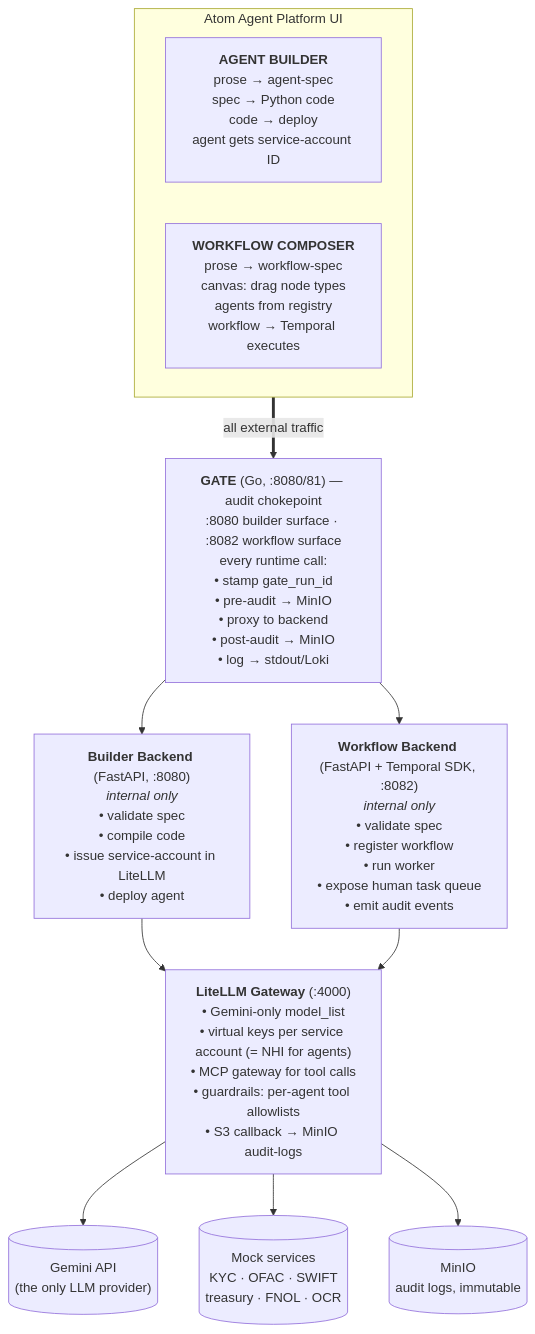
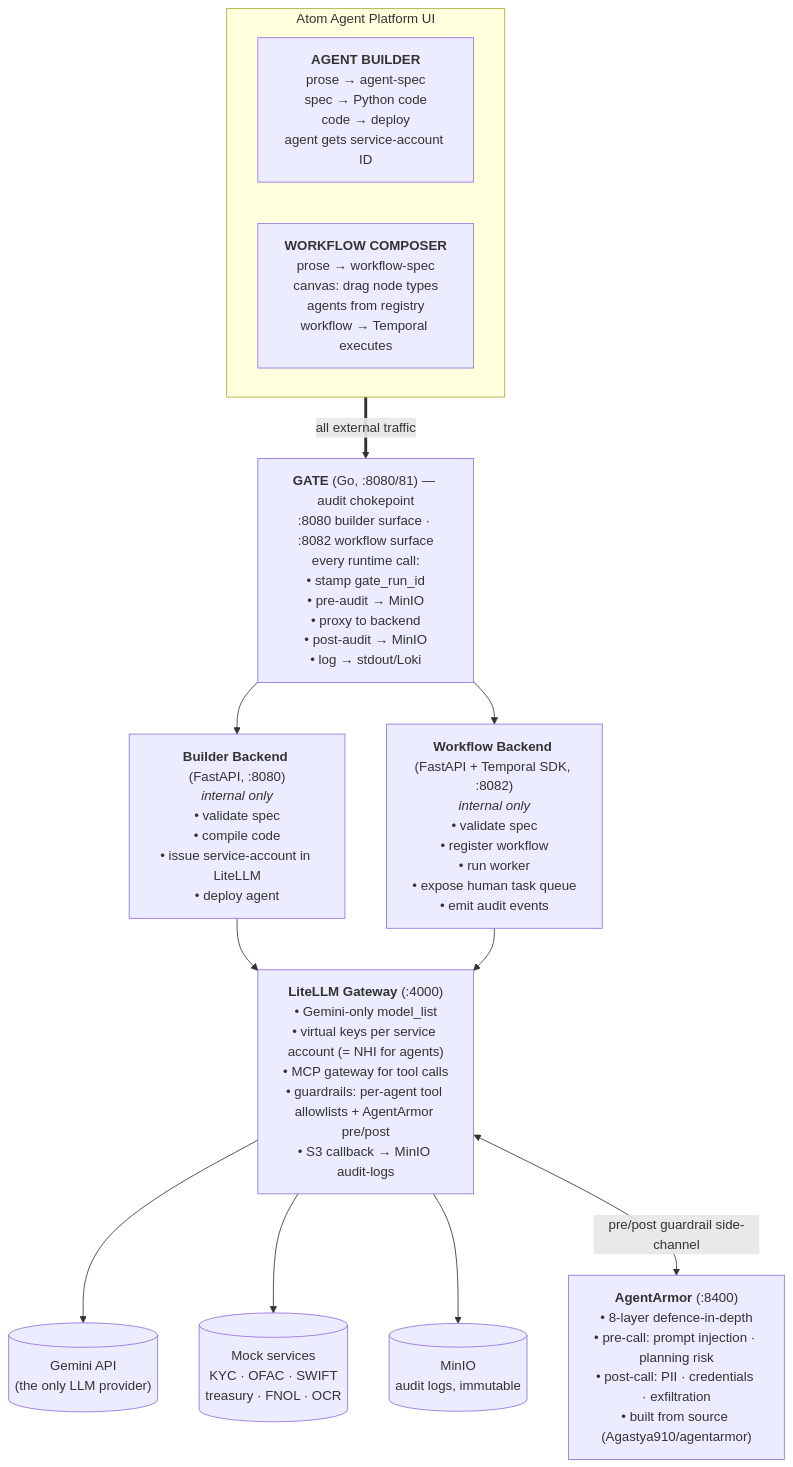
One commit to shreyasY2k/atom changed the first of 4 diagrams in docs/architecture.md. Above: the diagram before and after it, drawn with Mermaid. The commit also changed other lines of this file and 2 other files, not shown here.

````diff
--- a/docs/architecture.md
+++ b/docs/architecture.md
@@ -61,29 +61,32 @@
 ```mermaid
 flowchart TB
     subgraph UI["Atom Agent Platform UI"]
         direction LR
         Builder["<b>AGENT BUILDER</b><br/>prose → agent-spec<br/>spec → Python code<br/>code → deploy<br/>agent gets service-account ID"]
         Composer["<b>WORKFLOW COMPOSER</b><br/>prose → workflow-spec<br/>canvas: drag node types<br/>agents from registry<br/>workflow → Temporal executes"]
     end
 
     Gate["<b>GATE</b> (Go, :8080/81) — audit chokepoint<br/>:8080 builder surface · :8082 workflow surface<br/>every runtime call:<br/>• stamp gate_run_id<br/>• pre-audit → MinIO<br/>• proxy to backend<br/>• post-audit → MinIO<br/>• log → stdout/Loki"]
 
     BB["<b>Builder Backend</b> (FastAPI, :8080)<br/><i>internal only</i><br/>• validate spec<br/>• compile code<br/>• issue service-account in LiteLLM<br/>• deploy agent"]
 
     WB["<b>Workflow Backend</b> (FastAPI + Temporal SDK, :8082)<br/><i>internal only</i><br/>• validate spec<br/>• register workflow<br/>• run worker<br/>• expose human task queue<br/>• emit audit events"]
 
-    LiteLLM["<b>LiteLLM Gateway</b> (:4000)<br/>• Gemini-only model_list<br/>• virtual keys per service account (= NHI for agents)<br/>• MCP gateway for tool calls<br/>• guardrails: per-agent tool allowlists<br/>• S3 callback → MinIO audit-logs"]
+    LiteLLM["<b>LiteLLM Gateway</b> (:4000)<br/>• Gemini-only model_list<br/>• virtual keys per service account (= NHI for agents)<br/>• MCP gateway for tool calls<br/>• guardrails: per-agent tool allowlists + AgentArmor pre/post<br/>• S3 callback → MinIO audit-logs"]
+
+    AgentArmor["<b>AgentArmor</b> (:8400)<br/>• 8-layer defence-in-depth<br/>• pre-call: prompt injection · planning risk<br/>• post-call: PII · credentials · exfiltration<br/>• built from source (Agastya910/agentarmor)"]
 
     Gemini[("Gemini API<br/>(the only LLM provider)")]
     Mocks[("Mock services<br/>KYC · OFAC · SWIFT<br/>treasury · FNOL · OCR")]
     MinIO[("MinIO<br/>audit logs, immutable")]
 
     UI ==>|all external traffic| Gate
     Gate --> BB
     Gate --> WB
     BB --> LiteLLM
     WB --> LiteLLM
     LiteLLM --> Gemini
     LiteLLM --> Mocks
     LiteLLM --> MinIO
+    LiteLLM <-->|pre/post guardrail side-channel| AgentArmor
 ```
````
